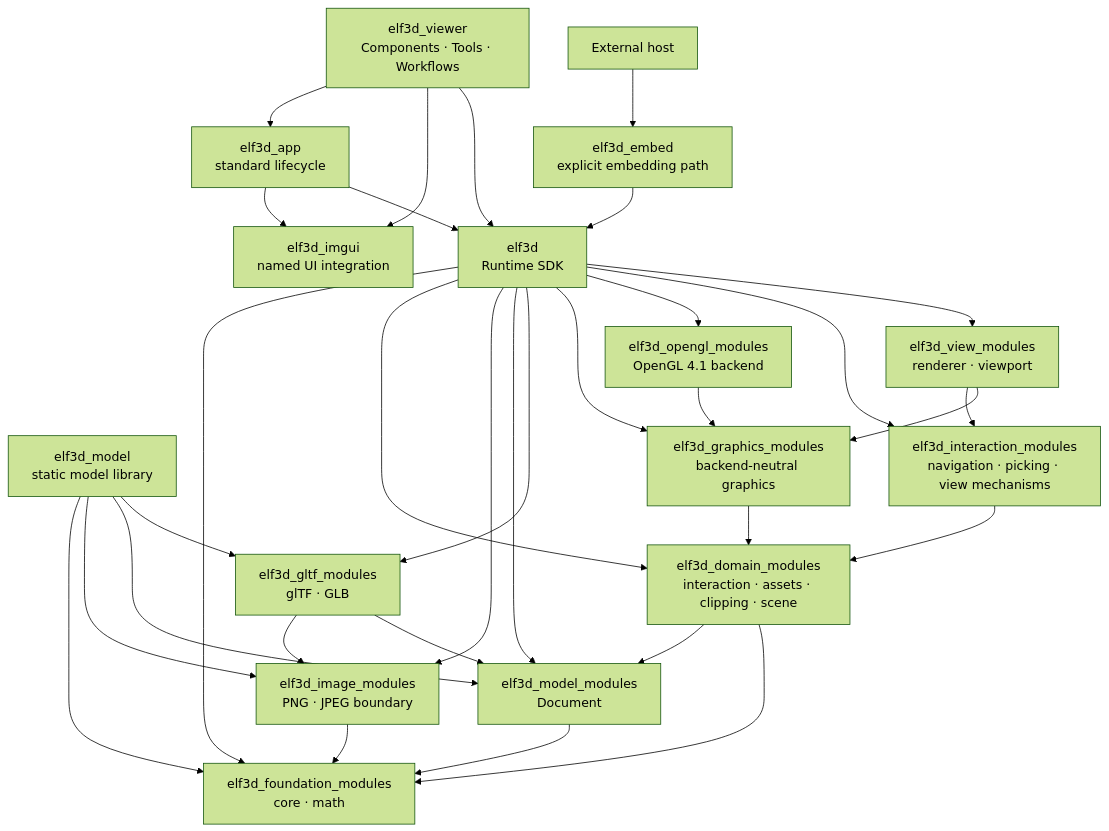
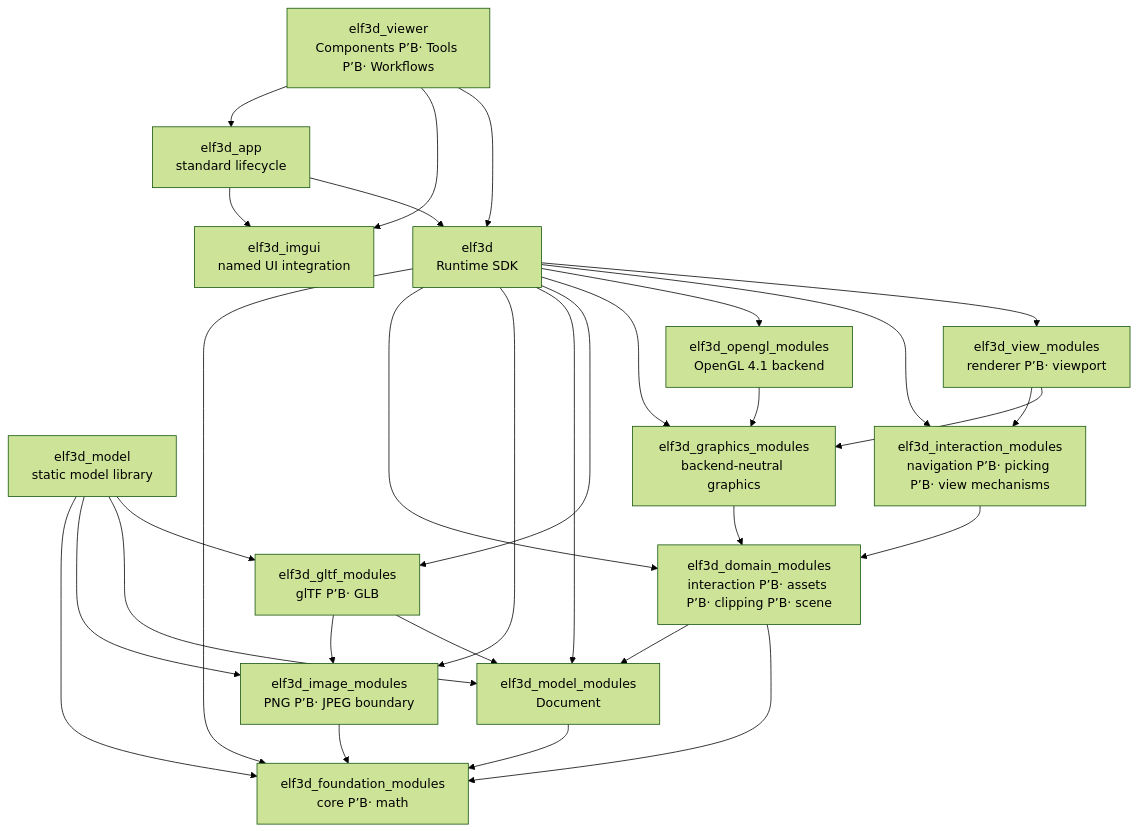
Before and after one commit to zavelski/elf3d: the diagram in README.md, drawn with Mermaid (forest theme). The commit also changed other lines of this file and 295 other files, not shown here.

````diff
--- a/README.md
+++ b/README.md
@@ -128,37 +122,35 @@
 ```mermaid
 flowchart TD
-    Viewer["elf3d_viewer<br/>Components · Tools · Workflows"] --> App["elf3d_app<br/>standard lifecycle"]
+    Viewer["elf3d_viewer<br/>Components Р’В· Tools Р’В· Workflows"] --> App["elf3d_app<br/>standard lifecycle"]
     Viewer --> ImGui["elf3d_imgui<br/>named UI integration"]
     Viewer --> Engine["elf3d<br/>Runtime SDK"]
     App --> ImGui
     App --> Engine
-    Embedder["External host"] --> Embed["elf3d_embed<br/>explicit embedding path"]
-    Embed --> Engine
 
-    ModelProduct["elf3d_model<br/>static model library"] --> Foundation["elf3d_foundation_modules<br/>core · math"]
-    ModelProduct --> Image["elf3d_image_modules<br/>PNG · JPEG boundary"]
+    ModelProduct["elf3d_model<br/>static model library"] --> Foundation["elf3d_foundation_modules<br/>core Р’В· math"]
+    ModelProduct --> Image["elf3d_image_modules<br/>PNG Р’В· JPEG boundary"]
     ModelProduct --> Model["elf3d_model_modules<br/>Document"]
-    ModelProduct --> Gltf["elf3d_gltf_modules<br/>glTF · GLB"]
+    ModelProduct --> Gltf["elf3d_gltf_modules<br/>glTF Р’В· GLB"]
 
     Engine --> Foundation
-    Engine --> Domain["elf3d_domain_modules<br/>interaction · assets · clipping · scene"]
+    Engine --> Domain["elf3d_domain_modules<br/>interaction Р’В· assets Р’В· clipping Р’В· scene"]
     Engine --> Image
     Engine --> Model
     Engine --> Gltf
     Engine --> Graphics["elf3d_graphics_modules<br/>backend-neutral graphics"]
     Engine --> OpenGL["elf3d_opengl_modules<br/>OpenGL 4.1 backend"]
-    Engine --> Interaction["elf3d_interaction_modules<br/>navigation · picking · view mechanisms"]
-    Engine --> View["elf3d_view_modules<br/>renderer · viewport"]
+    Engine --> Interaction["elf3d_interaction_modules<br/>navigation Р’В· picking Р’В· view mechanisms"]
+    Engine --> View["elf3d_view_modules<br/>renderer Р’В· viewport"]
 
     View --> Interaction
     View --> Graphics
     Interaction --> Domain
     OpenGL --> Graphics
     Graphics --> Domain
     Domain --> Model
     Domain --> Foundation
     Gltf --> Image
     Gltf --> Model
     Image --> Foundation
     Model --> Foundation
 ```
````
